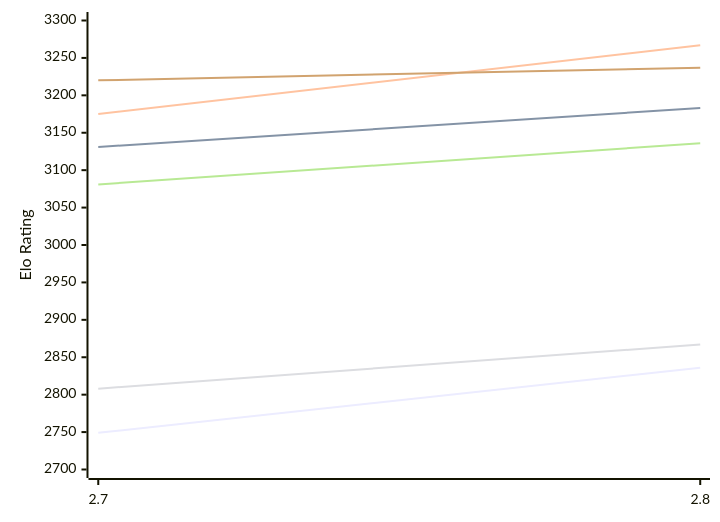
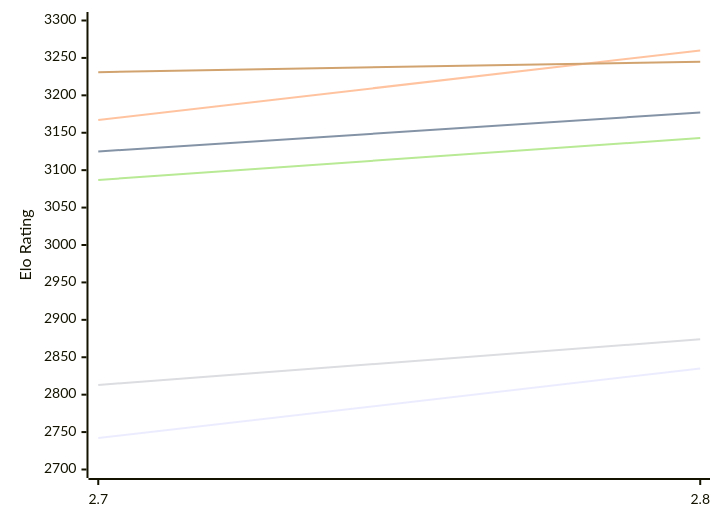
The first of 2 diagrams in engines/Arcanum.md (computer-chess-index/cci), drawn with Mermaid before and after one commit. The commit also changed other lines of this file, not shown here.

Commit message:
Update CCI Ratings (ELO VLTC) - 2026-11-18

````diff
--- a/engines/Arcanum.md
+++ b/engines/Arcanum.md
@@ -50,12 +50,12 @@
 ```mermaid
 %%{init: {"theme":"base","themeVariables":{"seriesColors:['#a3a3a3','#222221','#faa371']}}}%%
 xychart-beta
   x-axis ["2.7", "2.8"]
   y-axis "Elo Rating" 2700 --> 3300
-  line "E1: STC (8.0+0.08s)" [2749, 2836]
-  line "E1: LTC (60.0+0.60s)" [3131, 3183]
-  line "E1: VLTC (2m24s+1.12s)" [3175, 3267]
-  line "P1: STC (8.0+0.08s)" [2808, 2867]
-  line "P1: LTC (60.0+0.60s)" [3081, 3136]
-  line "P1: VLTC (2m24s+1.12s)" [3220, 3237]
+  line "E1: STC (8.0+0.08s)" [2742, 2835]
+  line "E1: LTC (60.0+0.60s)" [3125, 3177]
+  line "E1: VLTC (2m24s+1.12s)" [3167, 3260]
+  line "P1: STC (8.0+0.08s)" [2813, 2874]
+  line "P1: LTC (60.0+0.60s)" [3087, 3143]
+  line "P1: VLTC (2m24s+1.12s)" [3231, 3245]
 ```
````
